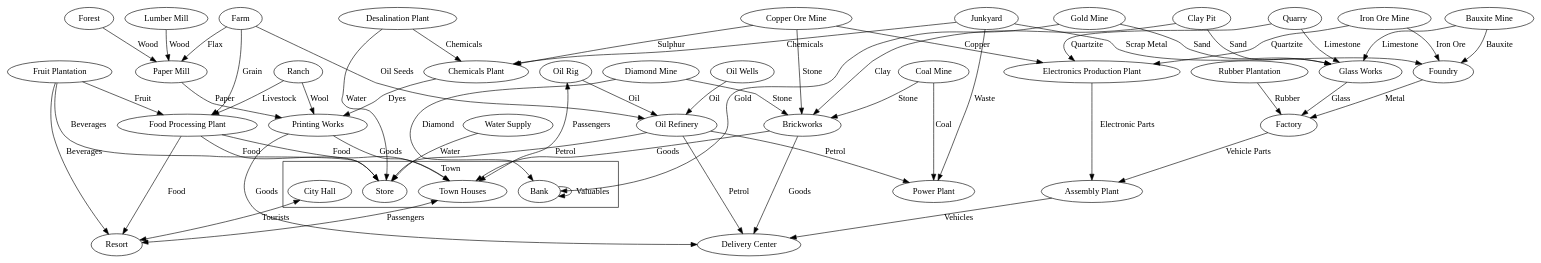
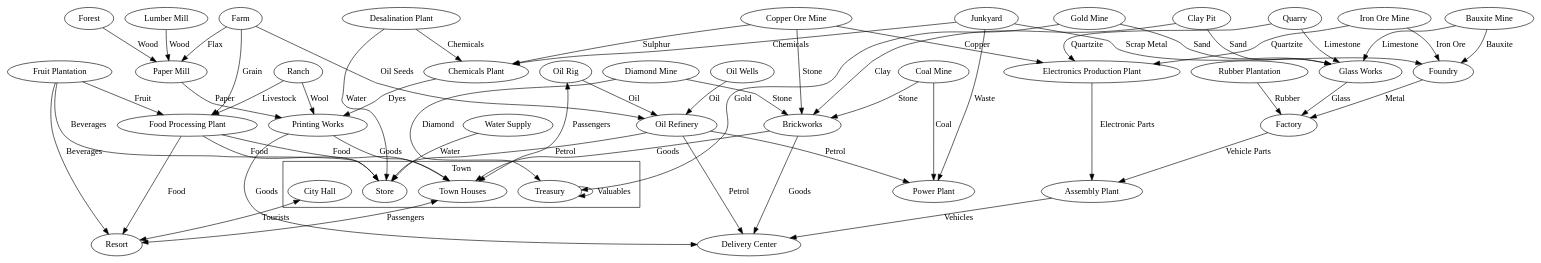
The diagram in industry-chain.dot (GraionDilach/simplistic-aggregated-industry-chains), drawn with Graphviz before and after one commit. The commit also changed 2 other files, not shown here.

Commit message:
Rename Bank to Treasury to prevent TTRS overlap.
They should be mixed afterall.

```diff
--- a/industry-chain.dot
+++ b/industry-chain.dot
@@ -1,104 +1,103 @@
 strict digraph {
     compound=true
     subgraph cluster_city {
         label = "Town"
         "Town Houses" [ shape=ellipse]
         "Store"
-        "Bank"
+        "Treasury"
         "City Hall"
     }
     "Resort"
     "Coal Mine" [ shape=ellipse]
     "Power Plant" [ shape=ellipse]
     "Coal Mine" -> "Power Plant" [ label = "Coal"]
     "Oil Wells" [ shape=ellipse]
     "Oil Rig" [ shape=ellipse]
     "Oil Refinery" [ shape=ellipse]
     "Oil Wells" -> "Oil Refinery" [label = Oil]
     "Oil Rig" -> "Oil Refinery" [label = Oil]
     "Farm" [ shape=ellipse]
     "Factory"
     "Forest"
     "Lumber Mill"
     "Iron Ore Mine"
     "Foundry"
     "Paper Mill"
     "Iron Ore Mine" -> "Foundry" [label = "Iron Ore"]
     "Lumber Mill" -> "Paper Mill" [label = "Wood"]
     Forest -> "Paper Mill" [label = "Wood"]
     Farm -> "Paper Mill"  [label = "Flax"]
     "Foundry" -> Factory [label = "Metal"]
     "Food Processing Plant"
     Farm -> "Food Processing Plant"  [label = "Grain"]
     "Food Processing Plant" -> "Town Houses" [label = "Food"]
     "Copper Ore Mine"
     "Fruit Plantation"
     "Oil Refinery" -> "Store" [label = "Petrol"]
     "Fruit Plantation" "Oil Refinery"
     "Fruit Plantation" -> "Food Processing Plant" [label = "Fruit"]
     "Food Processing Plant" -> "Resort" [label = "Food"]
     "Rubber Plantation"
     "Ranch"
     Ranch -> "Food Processing Plant" [label="Livestock"]
     "Oil Rig" -> "Town Houses"[label="Passengers", dir=both]
     "Water Supply"
     "Water Supply" -> "Store" [label="Water"]
     "Desalination Plant"
     "Desalination Plant" -> "Store" [label="Water"]
     "Gold Mine"
     "Diamond Mine"
-    Bank -> Bank[label="Valuables"]
+    Treasury -> Treasury[label="Valuables"]
     "Food Processing Plant" -> "Store" [label="Food"]
     "Junkyard" -> "Foundry" [label="Scrap Metal"]
     "Fruit Plantation" "Store"
     "Fruit Plantation" -> "Resort" [label="Beverages"]
     "Oil Refinery" -> "Power Plant" [label="Petrol"]
     "Junkyard"
     "Desalination Plant" "Oil Refinery"
     "Junkyard" -> "Power Plant"[label="Waste"]
-    Bank
-    "Gold Mine" -> Bank[label="Gold"]
-    "Diamond Mine" -> Bank[label="Diamond"]
+    "Gold Mine" -> Treasury[label="Gold"]
+    "Diamond Mine" -> Treasury[label="Diamond"]
     "Chemicals Plant"
     "Copper Ore Mine" -> "Chemicals Plant"[label="Sulphur"]
     "Desalination Plant" -> "Chemicals Plant" [label="Chemicals"]
     Junkyard -> "Chemicals Plant" [label="Chemicals"]
     Farm -> "Oil Refinery" [label="Oil Seeds"]
     "Rubber Plantation" -> Factory [label=Rubber]
     "Printing Works"
     "Paper Mill" -> "Printing Works" [label=Paper]
     "Chemicals Plant" -> "Printing Works" [label=Dyes]
     "Printing Works" -> "Town Houses" [label=Goods]
     "Glass Works"
     "Gold Mine" -> "Glass Works" [label=Sand]
     "Glass Works" -> Factory [label=Glass]
     "Quarry"
     "Quarry" -> "Glass Works" [label=Limestone]
     "Fruit Plantation" -> Store [label=Beverages]
     Ranch -> "Printing Works" [label=Wool]
     "Assembly Plant"
     "Electronics Production Plant"
     "Electronics Production Plant" -> "Assembly Plant" [label="Electronic Parts"]
     Factory -> "Assembly Plant" [label="Vehicle Parts"]
     "Copper Ore Mine" -> "Electronics Production Plant" [label=Copper]
     "Brickworks"
     "City Hall" -> Resort[label="Tourists", dir=both]
     "Town Houses" -> Resort [label="Passengers", dir=both]
     "Clay Pit"
     "Coal Mine" -> Brickworks [label=Stone]
     "Diamond Mine" -> Brickworks [label=Stone]
     "Iron Ore Mine" -> "Electronics Production Plant" [label=Quartzite]
     "Clay Pit" -> Brickworks [label=Clay]
     Brickworks -> "Town Houses" [label=Goods]
     "Clay Pit" -> "Glass Works" [label=Sand]
     Quarry -> "Electronics Production Plant" [label=Quartzite]
     "Bauxite Mine"
     "Bauxite Mine" -> "Foundry" [label=Bauxite]
     "Bauxite Mine" -> "Glass Works" [label=Limestone]
     "Copper Ore Mine" -> Brickworks [label=Stone]
     "Delivery Center"
     "Assembly Plant" -> "Delivery Center" [label=Vehicles]
     Brickworks -> "Delivery Center" [label=Goods]
     "Printing Works" -> "Delivery Center" [label=Goods]
     "Oil Refinery" -> "Delivery Center" [label=Petrol]
 }
```
